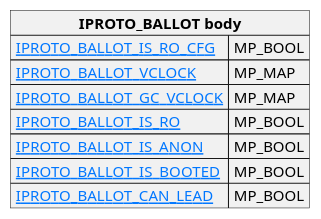
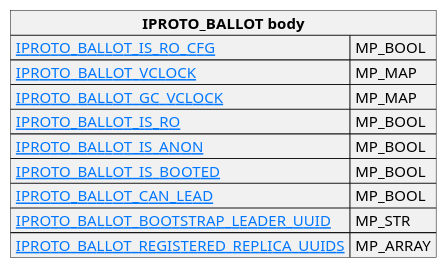
One commit to tarantool/doc changed the diagram in doc/dev_guide/internals/iproto/images/repl_ballot.puml. Above: the diagram before and after it, drawn with PlantUML. The commit also changed 10 other files, not shown here.

First line of the commit message:
iproto: add new keys to Binary protocol section (#3433)

```diff
--- a/doc/dev_guide/internals/iproto/images/repl_ballot.puml
+++ b/doc/dev_guide/internals/iproto/images/repl_ballot.puml
@@ -1,20 +1,22 @@
 @startuml
 
 skinparam {
     HyperlinkColor #0077FF
     FontColor #313131
     BorderColor #313131
     BackgroundColor transparent
 }
 
 json "**IPROTO_BALLOT body**" as ballot {
-    "[[https://tarantool.io/en/doc/latest/dev_guide/internals/iproto/keys IPROTO_BALLOT_IS_RO_CFG]]": "MP_BOOL",
-    "[[https://tarantool.io/en/doc/latest/dev_guide/internals/iproto/keys IPROTO_BALLOT_VCLOCK]]": "MP_MAP",
-    "[[https://tarantool.io/en/doc/latest/dev_guide/internals/iproto/keys IPROTO_BALLOT_GC_VCLOCK]]": "MP_MAP",
-    "[[https://tarantool.io/en/doc/latest/dev_guide/internals/iproto/keys IPROTO_BALLOT_IS_RO]]": "MP_BOOL",
-    "[[https://tarantool.io/en/doc/latest/dev_guide/internals/iproto/keys IPROTO_BALLOT_IS_ANON]]": "MP_BOOL",
-    "[[https://tarantool.io/en/doc/latest/dev_guide/internals/iproto/keys IPROTO_BALLOT_IS_BOOTED]]": "MP_BOOL",
-    "[[https://tarantool.io/en/doc/latest/dev_guide/internals/iproto/keys IPROTO_BALLOT_CAN_LEAD]]": "MP_BOOL"
+    "[[https://tarantool.io/en/doc/latest/dev_guide/internals/iproto/keys/#general-replication IPROTO_BALLOT_IS_RO_CFG]]": "MP_BOOL",
+    "[[https://tarantool.io/en/doc/latest/dev_guide/internals/iproto/keys/#general-replication IPROTO_BALLOT_VCLOCK]]": "MP_MAP",
+    "[[https://tarantool.io/en/doc/latest/dev_guide/internals/iproto/keys/#general-replication IPROTO_BALLOT_GC_VCLOCK]]": "MP_MAP",
+    "[[https://tarantool.io/en/doc/latest/dev_guide/internals/iproto/keys/#general-replication IPROTO_BALLOT_IS_RO]]": "MP_BOOL",
+    "[[https://tarantool.io/en/doc/latest/dev_guide/internals/iproto/keys/#general-replication IPROTO_BALLOT_IS_ANON]]": "MP_BOOL",
+    "[[https://tarantool.io/en/doc/latest/dev_guide/internals/iproto/keys/#general-replication IPROTO_BALLOT_IS_BOOTED]]": "MP_BOOL",
+    "[[https://tarantool.io/en/doc/latest/dev_guide/internals/iproto/keys/#general-replication IPROTO_BALLOT_CAN_LEAD]]": "MP_BOOL",
+    "[[https://tarantool.io/en/doc/latest/dev_guide/internals/iproto/keys/#general-replication IPROTO_BALLOT_BOOTSTRAP_LEADER_UUID]]": "MP_STR",
+    "[[https://tarantool.io/en/doc/latest/dev_guide/internals/iproto/keys/#general-replication IPROTO_BALLOT_REGISTERED_REPLICA_UUIDS]]": "MP_ARRAY"
 }
 
 @enduml
```
